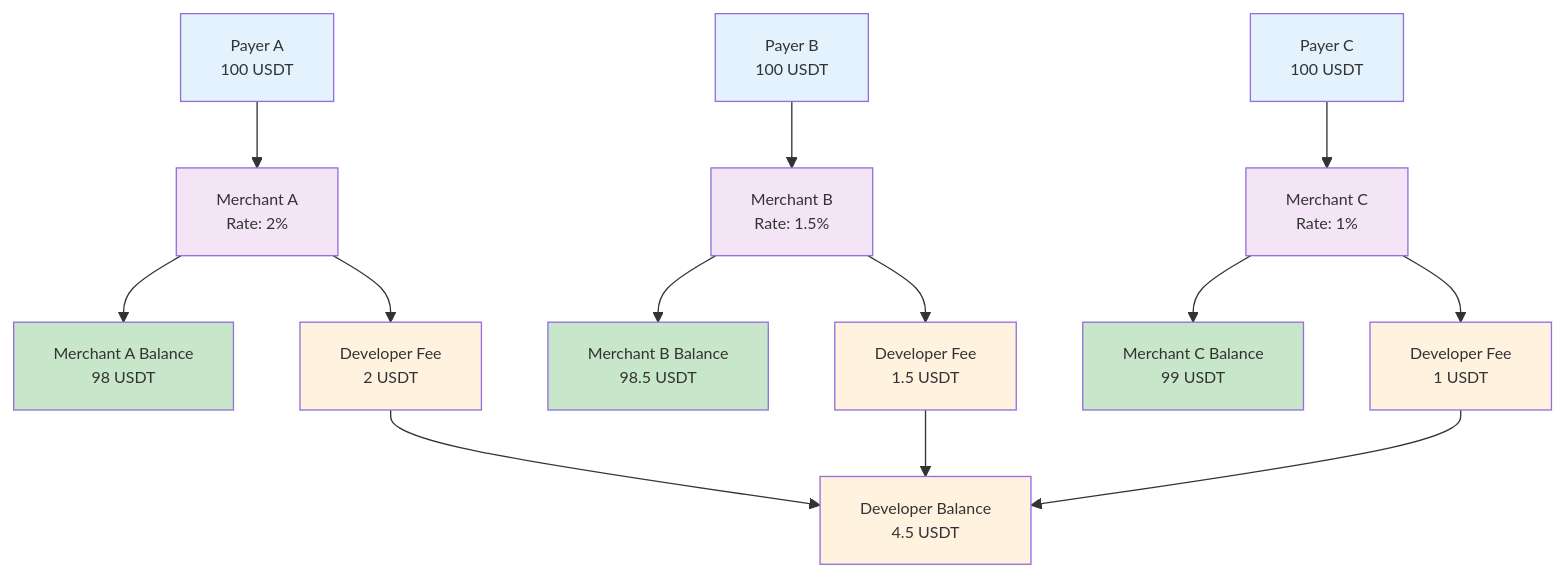
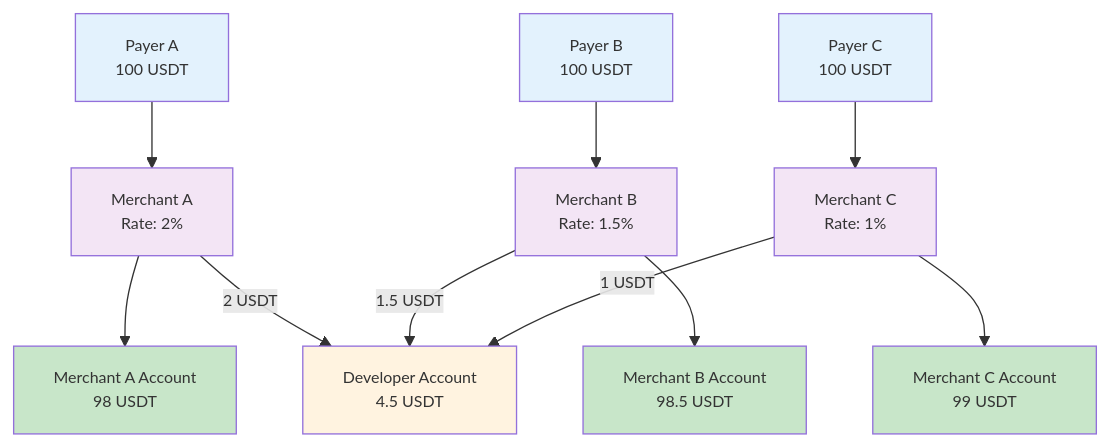
The first of 5 diagrams in payments/en/guides/amounts-and-balances.mdx (CoboGlobal/payments-manual), drawn with Mermaid before and after one commit. The commit also changed other lines of this file and 5 other files, not shown here.

````diff
--- a/payments/en/guides/amounts-and-balances.mdx
+++ b/payments/en/guides/amounts-and-balances.mdx
@@ -24,34 +41,26 @@
 ```mermaid
 %%{init: {'themeVariables': { 'fontSize': '12px'}}}%%
 graph TD
     A[Payer A<br/>100 USDT] --> B[Merchant A<br/>Rate: 2%]
     C[Payer B<br/>100 USDT] --> D[Merchant B<br/>Rate: 1.5%]
     E[Payer C<br/>100 USDT] --> F[Merchant C<br/>Rate: 1%]
     
-    B --> G[Merchant A Balance<br/>98 USDT]
-    B --> H[Developer Fee<br/>2 USDT]
+    B --> G[Merchant A Account<br/>98 USDT]
+    D --> I[Merchant B Account<br/>98.5 USDT]
+    F --> K[Merchant C Account<br/>99 USDT]
     
-    D --> I[Merchant B Balance<br/>98.5 USDT]
-    D --> J[Developer Fee<br/>1.5 USDT]
-    
-    F --> K[Merchant C Balance<br/>99 USDT]
-    F --> L[Developer Fee<br/>1 USDT]
-    
-    H --> M[Developer Balance<br/>4.5 USDT]
-    J --> M
-    L --> M
+    B -->|2 USDT| M[Developer Account<br/>4.5 USDT]
+    D -->|1.5 USDT| M
+    F -->|1 USDT| M
     
     style A fill:#e3f2fd
     style C fill:#e3f2fd
     style E fill:#e3f2fd
     style B fill:#f3e5f5
     style D fill:#f3e5f5
     style F fill:#f3e5f5
     style G fill:#c8e6c9
     style I fill:#c8e6c9
     style K fill:#c8e6c9
-    style H fill:#fff3e0
-    style J fill:#fff3e0
-    style L fill:#fff3e0
     style M fill:#fff3e0
 ```
````
